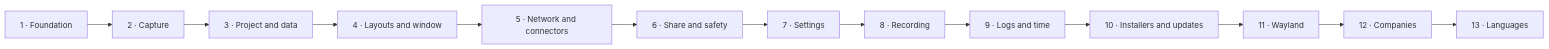
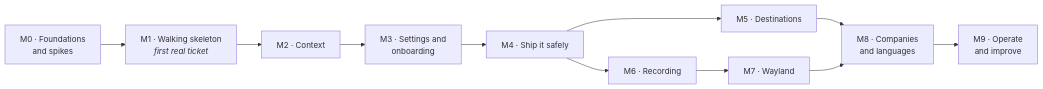
Before and after one commit to SotharL/CargoFrame: the fifth of 6 diagrams in docs/development-plan.md, drawn with Mermaid. The commit also changed other lines of this file and 49 other files, not shown here.

````diff
--- a/docs/development-plan.md
+++ b/docs/development-plan.md
@@ -204,15 +225,13 @@
 ```mermaid
 flowchart LR
-    P1[1 · Foundation] --> P2[2 · Capture]
-    P2 --> P3[3 · Project and data]
-    P3 --> P4[4 · Layouts and window]
-    P4 --> P5[5 · Network and connectors]
-    P5 --> P6[6 · Share and safety]
-    P6 --> P7[7 · Settings]
-    P7 --> P8[8 · Recording]
-    P8 --> P9[9 · Logs and time]
-    P9 --> P10[10 · Installers and updates]
-    P10 --> P11[11 · Wayland]
-    P11 --> P12[12 · Companies]
-    P12 --> P13[13 · Languages]
+    M0[M0 · Foundations<br>and spikes] --> M1[M1 · Walking skeleton<br><i>first real ticket</i>]
+    M1 --> M2[M2 · Context]
+    M2 --> M3[M3 · Settings and<br>onboarding]
+    M3 --> M4[M4 · Ship it safely]
+    M4 --> M5[M5 · Destinations]
+    M4 --> M6[M6 · Recording]
+    M5 --> M8[M8 · Companies<br>and languages]
+    M6 --> M7[M7 · Wayland]
+    M7 --> M8
+    M8 --> M9[M9 · Operate<br>and improve]
 ```
````
